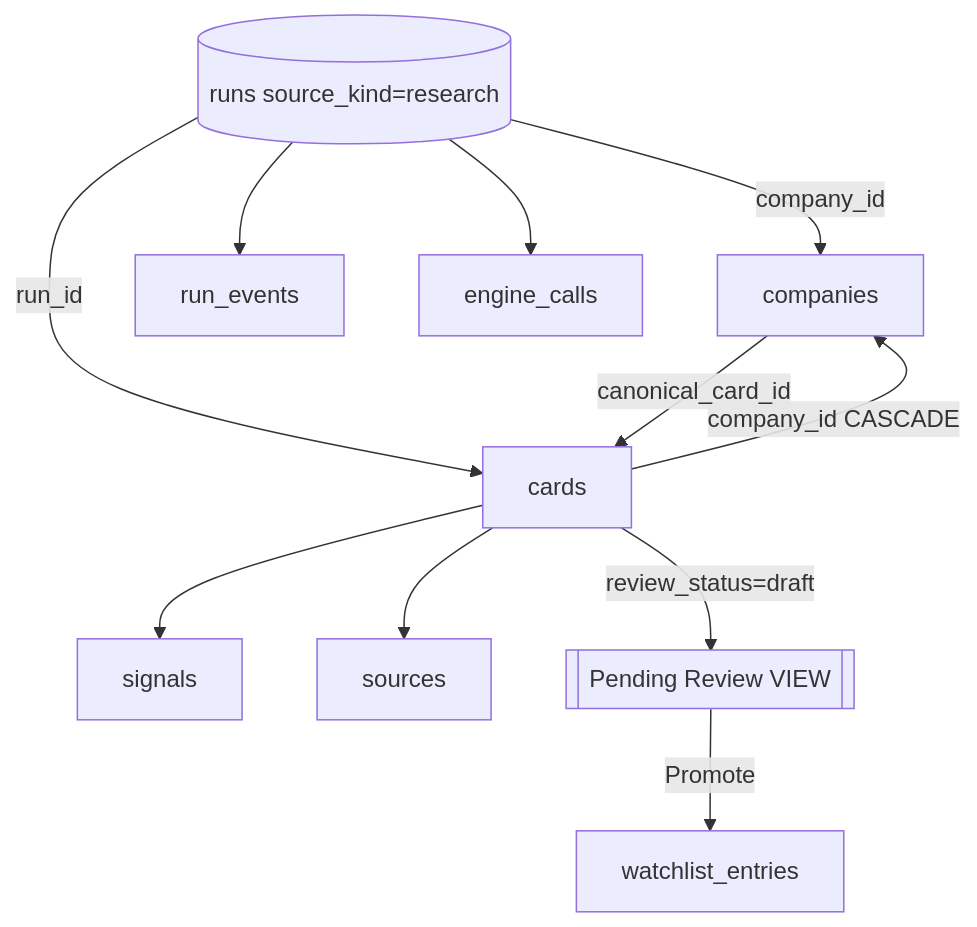
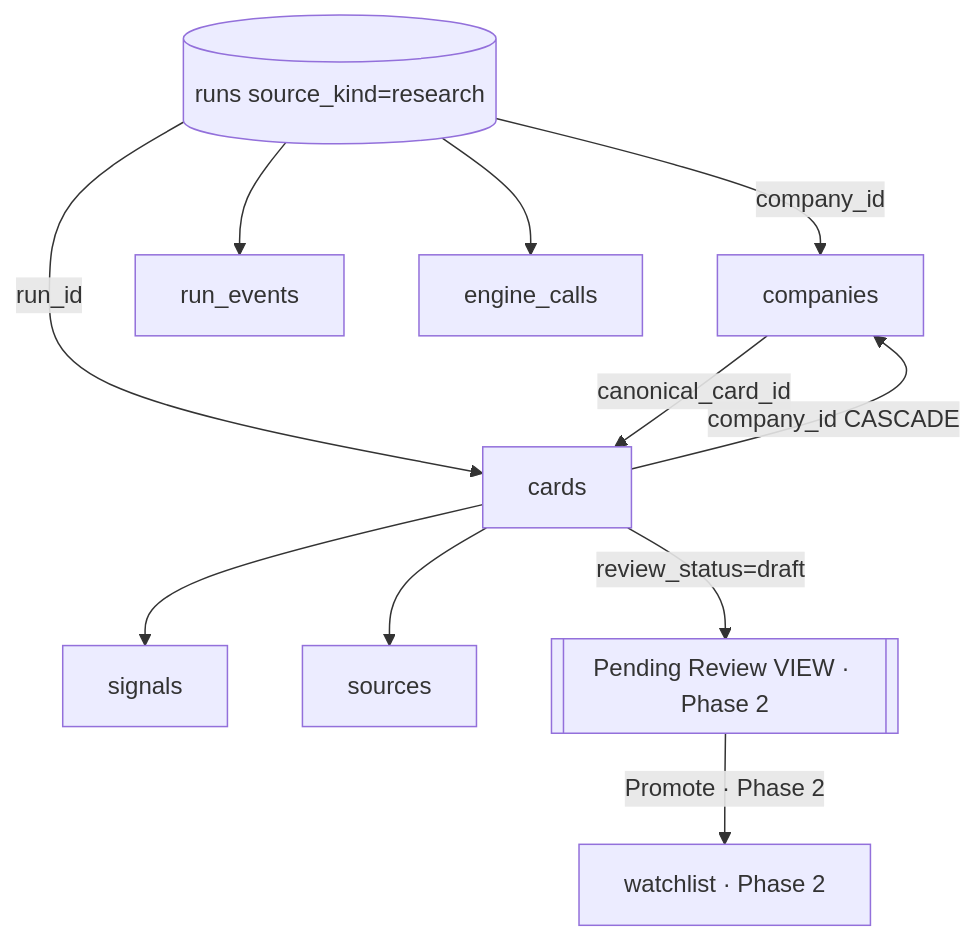
One commit to Growth-Maschine/NORAD-INTEL-ENGINE-V1 changed the fourth of 10 diagrams in docs/phase-1/P1-04-admin.md. Above: the diagram before and after it, drawn with Mermaid. The commit also changed other lines of this file and 12 other files, not shown here.

````diff
--- a/docs/phase-1/P1-04-admin.md
+++ b/docs/phase-1/P1-04-admin.md
@@ -765,22 +769,22 @@
 ```mermaid
 flowchart TB
     RUNS[(runs source_kind=research)]
     CO[companies]
     CARD[cards]
     SIG[signals]
     SRC[sources]
     EV[run_events]
     EC[engine_calls]
 
     RUNS -->|company_id| CO
     RUNS -->|run_id| CARD
     CARD -->|company_id CASCADE| CO
     CO -->|canonical_card_id| CARD
     CARD --> SIG
     CARD --> SRC
     RUNS --> EV
     RUNS --> EC
 
-    CARD -->|review_status=draft| PR[[Pending Review VIEW]]
-    PR -->|Promote| WL[watchlist_entries]
+    CARD -->|review_status=draft| PR[[Pending Review VIEW · Phase 2]]
+    PR -->|Promote · Phase 2| WL[watchlist · Phase 2]
 ```
````
